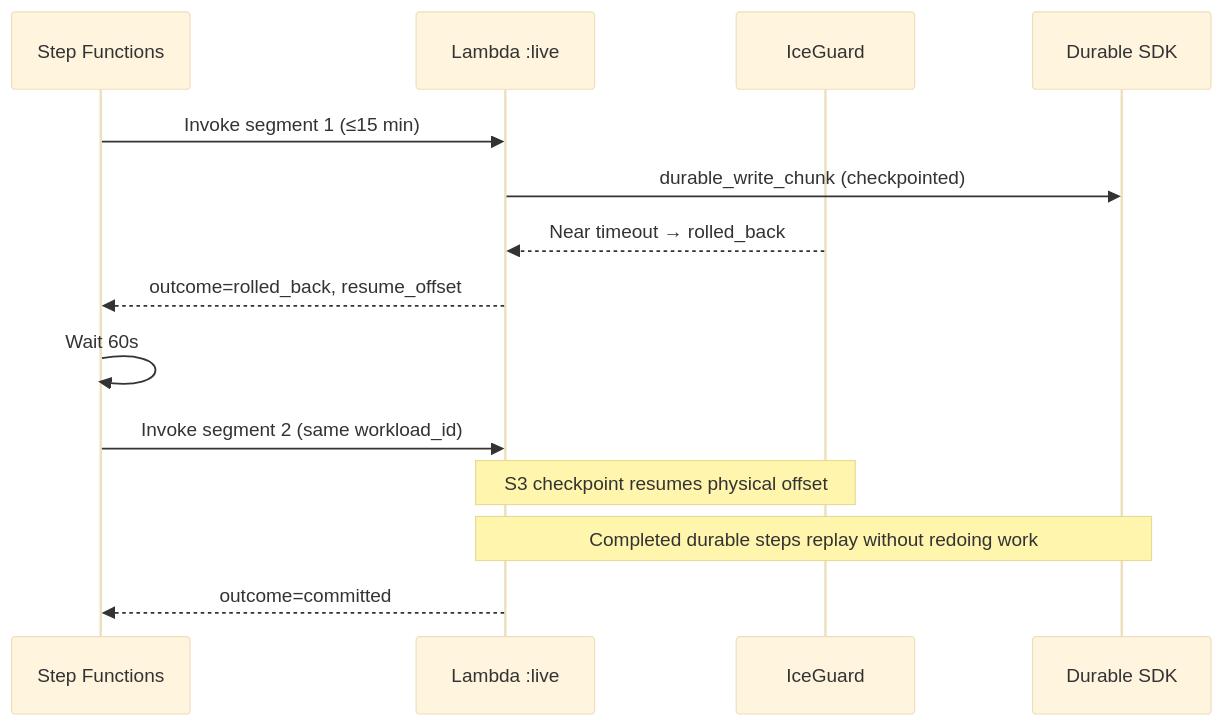
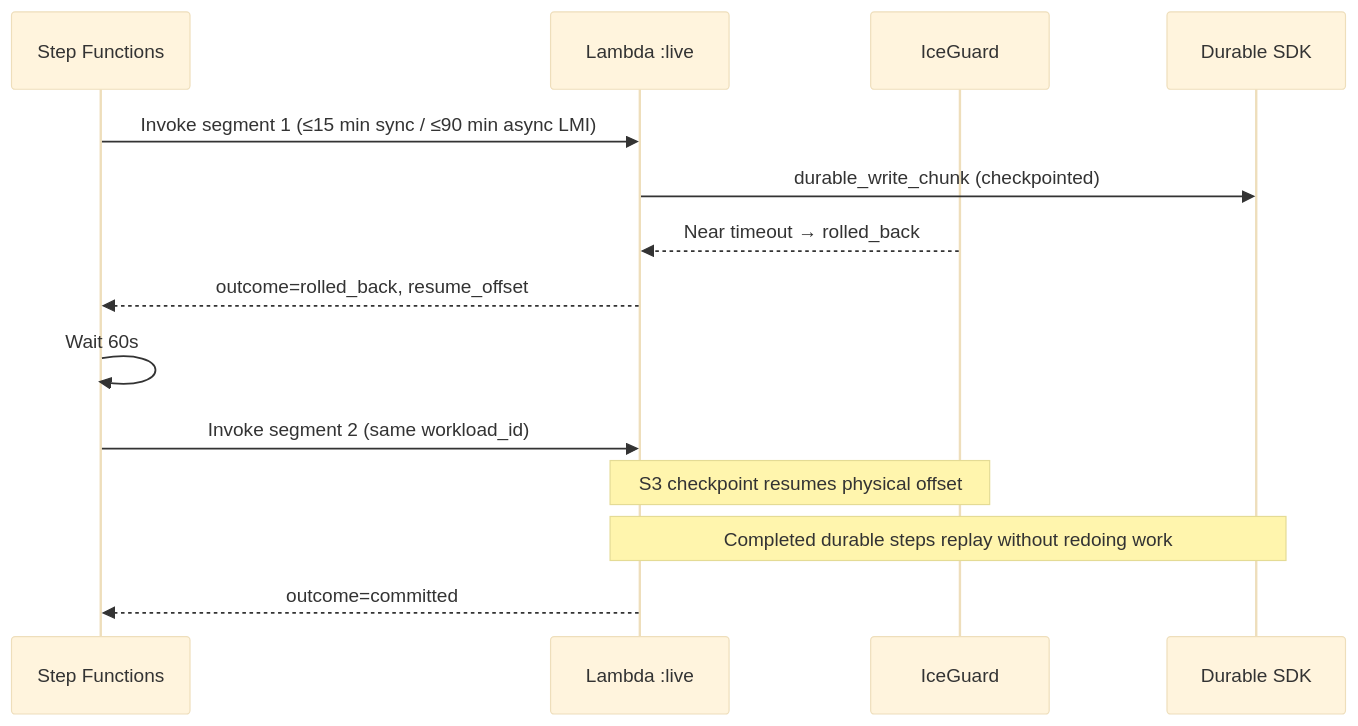
The third of 3 diagrams in docs/architecture.md (vaquarkhan/aws-serverless-datamesh-framework), drawn with Mermaid (base theme) before and after one commit. The commit also changed other lines of this file and 41 other files, not shown here.

First line of the commit message:
Release 1.3.0: LMI 15-90 min segments, timeout tests, and live PyPI download badges.

````diff
--- a/docs/architecture.md
+++ b/docs/architecture.md
@@ -132,17 +134,17 @@
 ```mermaid
 sequenceDiagram
     participant SFN as Step Functions
     participant L as Lambda :live
     participant IG as IceGuard
     participant DE as Durable SDK
 
-    SFN->>L: Invoke segment 1 (≤15 min)
+    SFN->>L: Invoke segment 1 (≤15 min sync / ≤90 min async LMI)
     L->>DE: durable_write_chunk (checkpointed)
     IG-->>L: Near timeout → rolled_back
     L-->>SFN: outcome=rolled_back, resume_offset
     SFN->>SFN: Wait 60s
     SFN->>L: Invoke segment 2 (same workload_id)
     Note over L,IG: S3 checkpoint resumes physical offset
     Note over L,DE: Completed durable steps replay without redoing work
     L-->>SFN: outcome=committed
 ```
````
